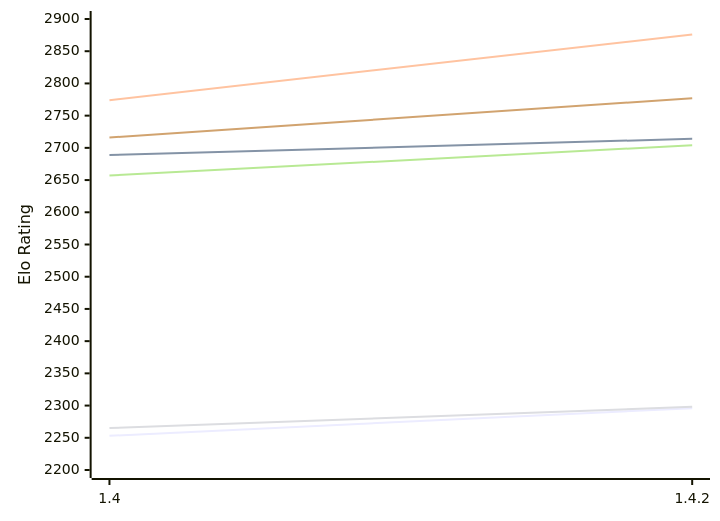
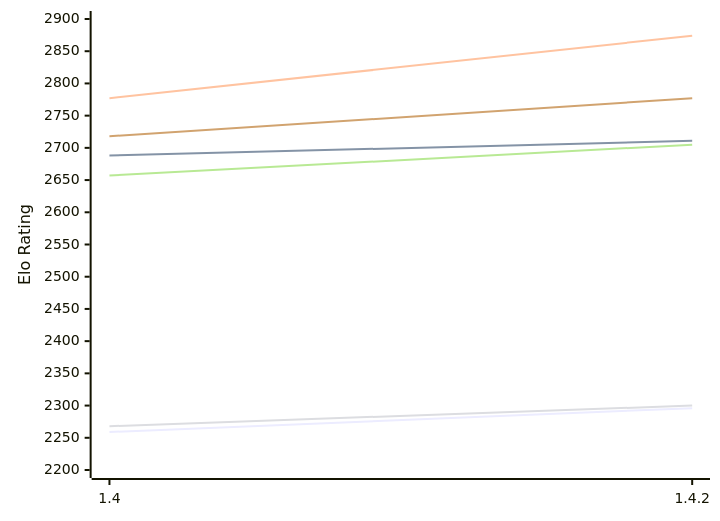
The first of 2 diagrams in engines/Spike.md (computer-chess-index/cci), drawn with Mermaid before and after one commit. The commit also changed other lines of this file, not shown here.

Commit message:
Update CCI Ratings (ELO VLTC) - 2026-11-28

````diff
--- a/engines/Spike.md
+++ b/engines/Spike.md
@@ -50,12 +50,12 @@
 ```mermaid
 %%{init: {"theme":"base","themeVariables":{"seriesColors:['#a3a3a3','#222221','#faa371']}}}%%
 xychart-beta
   x-axis ["1.4", "1.4.2"]
   y-axis "Elo Rating" 2200 --> 2900
-  line "E1: STC (8.0+0.08s)" [2253, 2296]
-  line "E1: LTC (60.0+0.60s)" [2689, 2714]
-  line "E1: VLTC (2m24s+1.12s)" [2774, 2876]
-  line "P1: STC (8.0+0.08s)" [2265, 2298]
-  line "P1: LTC (60.0+0.60s)" [2657, 2704]
-  line "P1: VLTC (2m24s+1.12s)" [2716, 2777]
+  line "E1: STC (8.0+0.08s)" [2259, 2296]
+  line "E1: LTC (60.0+0.60s)" [2688, 2711]
+  line "E1: VLTC (2m24s+1.12s)" [2777, 2874]
+  line "P1: STC (8.0+0.08s)" [2268, 2300]
+  line "P1: LTC (60.0+0.60s)" [2657, 2705]
+  line "P1: VLTC (2m24s+1.12s)" [2718, 2777]
 ```
````
